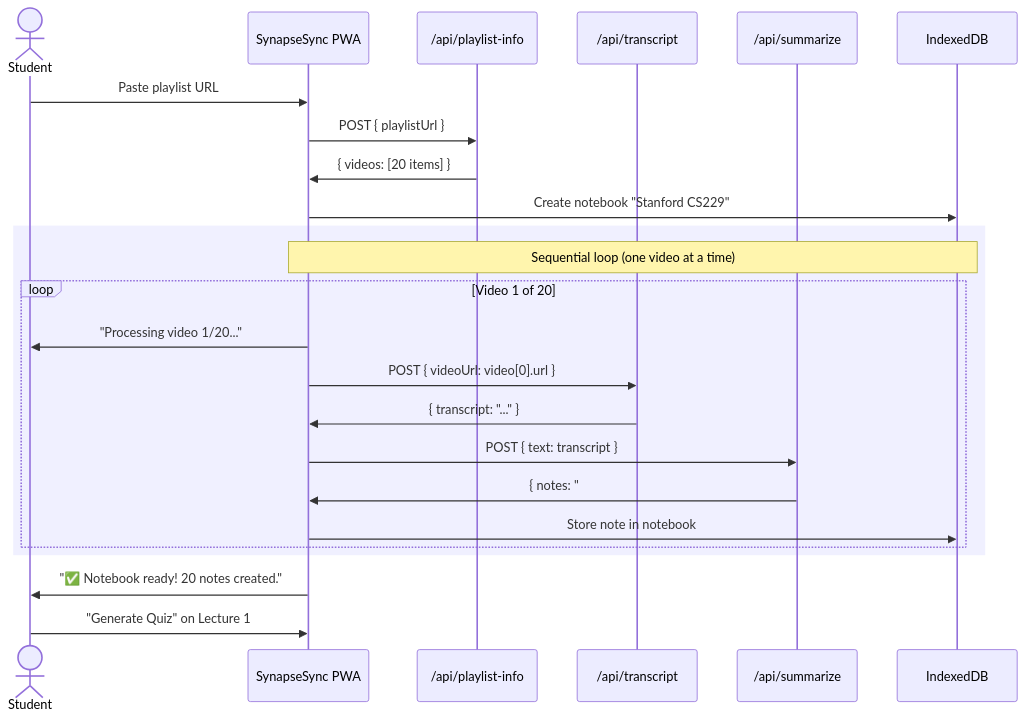
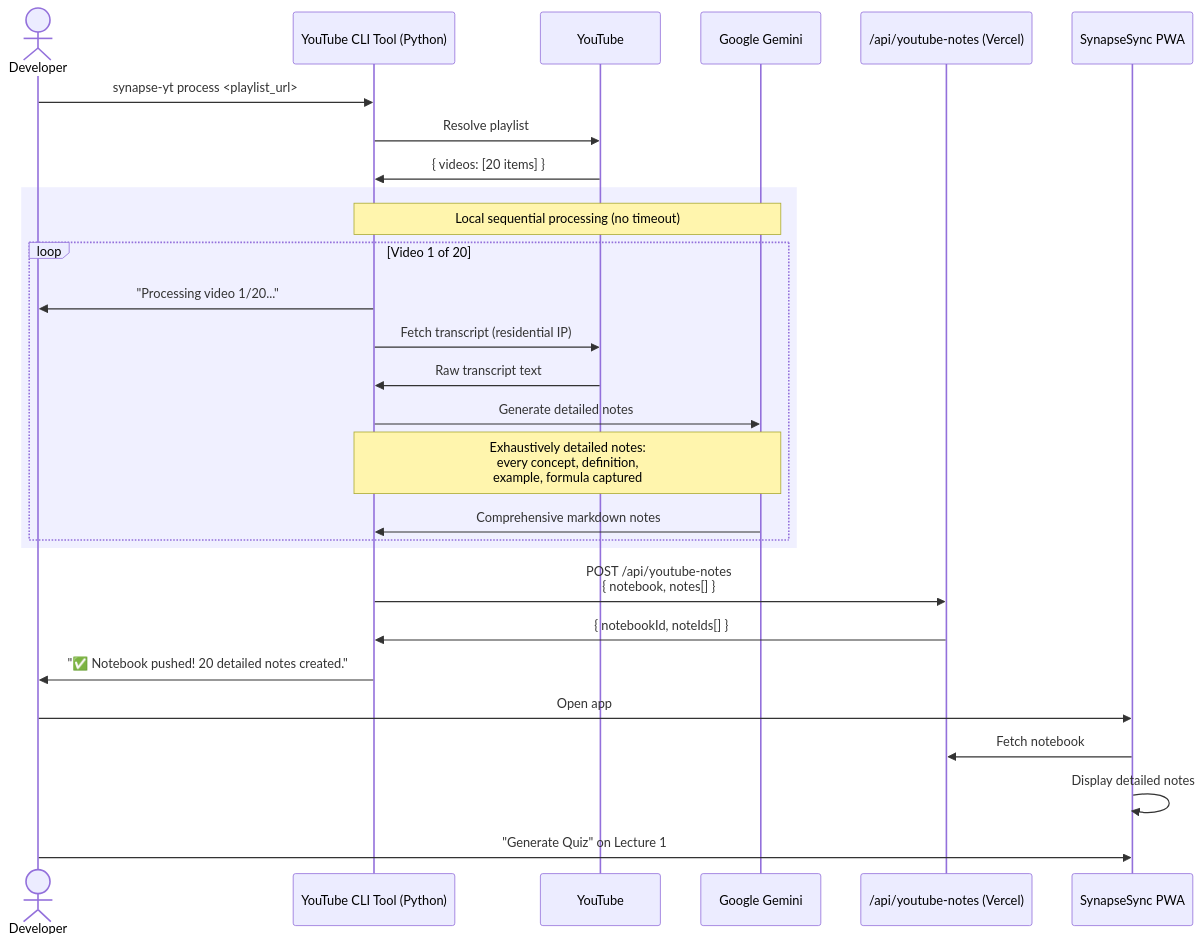
Before and after one commit to Strider221B/synapse-sync: the third of 4 diagrams in documentation/design/high_level/06_design_overview.md, drawn with Mermaid. The commit also changed other lines of this file and 7 other files, not shown here.

````diff
--- a/documentation/design/high_level/06_design_overview.md
+++ b/documentation/design/high_level/06_design_overview.md
@@ -195,29 +200,34 @@
 ```mermaid
 sequenceDiagram
-    actor Student
+    actor Developer
+    participant CLI as YouTube CLI Tool (Python)
+    participant YT as YouTube
+    participant Gemini as Google Gemini
+    participant API as /api/youtube-notes (Vercel)
     participant PWA as SynapseSync PWA
-    participant PL as /api/playlist-info
-    participant TR as /api/transcript
-    participant SUM as /api/summarize
-    participant IDB as IndexedDB
 
-    Student->>PWA: Paste playlist URL
-    PWA->>PL: POST { playlistUrl }
-    PL->>PWA: { videos: [20 items] }
-    PWA->>IDB: Create notebook "Stanford CS229"
+    Developer->>CLI: synapse-yt process <playlist_url>
+    CLI->>YT: Resolve playlist
+    YT->>CLI: { videos: [20 items] }
 
     rect rgb(240, 240, 255)
-        Note over PWA,IDB: Sequential loop (one video at a time)
+        Note over CLI,Gemini: Local sequential processing (no timeout)
         loop Video 1 of 20
-            PWA->>Student: "Processing video 1/20..."
-            PWA->>TR: POST { videoUrl: video[0].url }
-            TR->>PWA: { transcript: "..." }
-            PWA->>SUM: POST { text: transcript }
-            SUM->>PWA: { notes: "# Lecture 1..." }
-            PWA->>IDB: Store note in notebook
+            CLI->>Developer: "Processing video 1/20..."
+            CLI->>YT: Fetch transcript (residential IP)
+            YT->>CLI: Raw transcript text
+            CLI->>Gemini: Generate detailed notes
+            Note over CLI,Gemini: Exhaustively detailed notes:<br/>every concept, definition,<br/>example, formula captured
+            Gemini->>CLI: Comprehensive markdown notes
         end
     end
 
-    PWA->>Student: "✅ Notebook ready! 20 notes created."
-    Student->>PWA: "Generate Quiz" on Lecture 1
+    CLI->>API: POST /api/youtube-notes<br/>{ notebook, notes[] }
+    API->>CLI: { notebookId, noteIds[] }
+    CLI->>Developer: "✅ Notebook pushed! 20 detailed notes created."
+
+    Developer->>PWA: Open app
+    PWA->>API: Fetch notebook
+    PWA->>PWA: Display detailed notes
+    Developer->>PWA: "Generate Quiz" on Lecture 1
 ```
````
